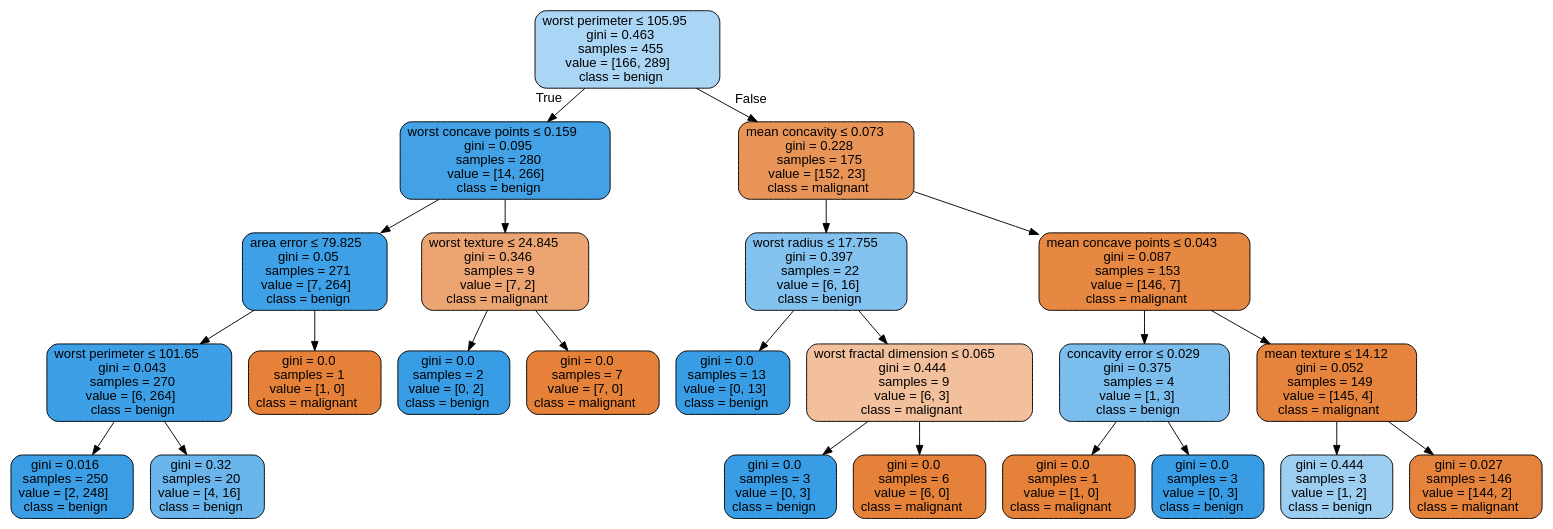
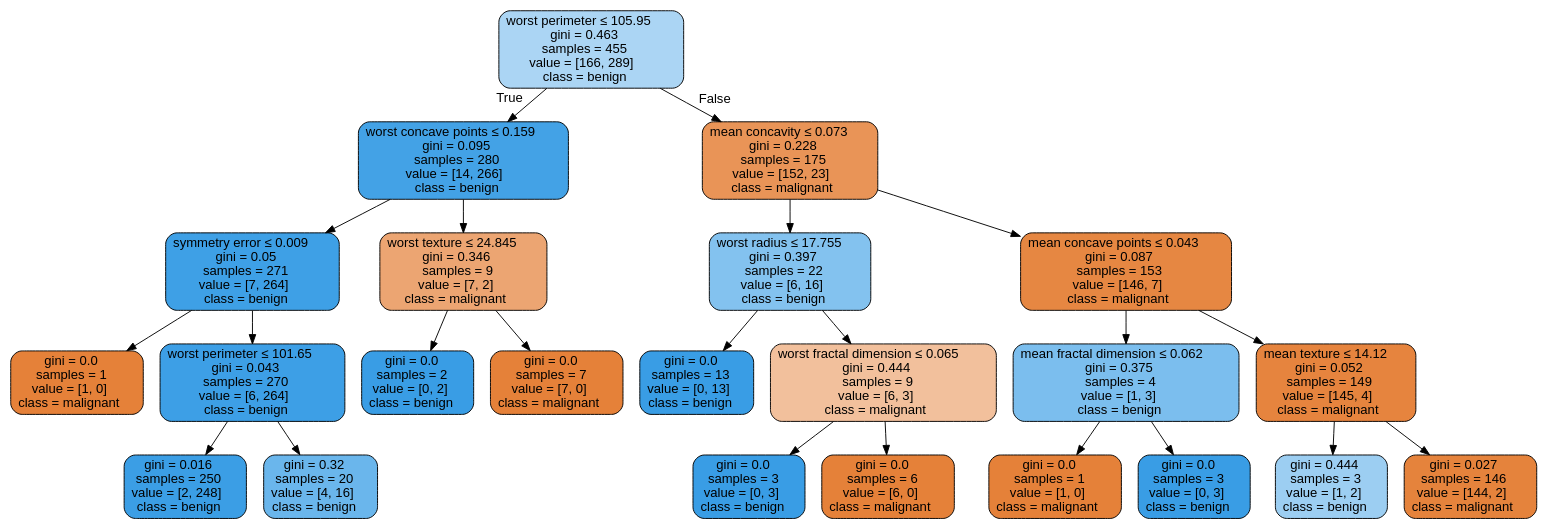
One commit to kshsky/PycharmProjects changed the diagram in machinelearning/xgboost/dataFile/breastCancerTree.dot. Above: the diagram before and after it, drawn with Graphviz. The commit also changed 25 other files, not shown here.

```diff
--- a/machinelearning/xgboost/dataFile/breastCancerTree.dot
+++ b/machinelearning/xgboost/dataFile/breastCancerTree.dot
@@ -1,49 +1,49 @@
 digraph Tree {
 node [shape=box, style="filled, rounded", color="black", fontname=helvetica] ;
 edge [fontname=helvetica] ;
 0 [label=<worst perimeter &le; 105.95<br/>gini = 0.463<br/>samples = 455<br/>value = [166, 289]<br/>class = benign>, fillcolor="#abd5f4"] ;
 1 [label=<worst concave points &le; 0.159<br/>gini = 0.095<br/>samples = 280<br/>value = [14, 266]<br/>class = benign>, fillcolor="#43a2e6"] ;
 0 -> 1 [labeldistance=2.5, labelangle=45, headlabel="True"] ;
-2 [label=<area error &le; 79.825<br/>gini = 0.05<br/>samples = 271<br/>value = [7, 264]<br/>class = benign>, fillcolor="#3ea0e6"] ;
+2 [label=<symmetry error &le; 0.009<br/>gini = 0.05<br/>samples = 271<br/>value = [7, 264]<br/>class = benign>, fillcolor="#3ea0e6"] ;
 1 -> 2 ;
-3 [label=<worst perimeter &le; 101.65<br/>gini = 0.043<br/>samples = 270<br/>value = [6, 264]<br/>class = benign>, fillcolor="#3d9fe6"] ;
+3 [label=<gini = 0.0<br/>samples = 1<br/>value = [1, 0]<br/>class = malignant>, fillcolor="#e58139"] ;
 2 -> 3 ;
-4 [label=<gini = 0.016<br/>samples = 250<br/>value = [2, 248]<br/>class = benign>, fillcolor="#3b9ee5"] ;
-3 -> 4 ;
-5 [label=<gini = 0.32<br/>samples = 20<br/>value = [4, 16]<br/>class = benign>, fillcolor="#6ab6ec"] ;
-3 -> 5 ;
-6 [label=<gini = 0.0<br/>samples = 1<br/>value = [1, 0]<br/>class = malignant>, fillcolor="#e58139"] ;
-2 -> 6 ;
+4 [label=<worst perimeter &le; 101.65<br/>gini = 0.043<br/>samples = 270<br/>value = [6, 264]<br/>class = benign>, fillcolor="#3d9fe6"] ;
+2 -> 4 ;
+5 [label=<gini = 0.016<br/>samples = 250<br/>value = [2, 248]<br/>class = benign>, fillcolor="#3b9ee5"] ;
+4 -> 5 ;
+6 [label=<gini = 0.32<br/>samples = 20<br/>value = [4, 16]<br/>class = benign>, fillcolor="#6ab6ec"] ;
+4 -> 6 ;
 7 [label=<worst texture &le; 24.845<br/>gini = 0.346<br/>samples = 9<br/>value = [7, 2]<br/>class = malignant>, fillcolor="#eca572"] ;
 1 -> 7 ;
 8 [label=<gini = 0.0<br/>samples = 2<br/>value = [0, 2]<br/>class = benign>, fillcolor="#399de5"] ;
 7 -> 8 ;
 9 [label=<gini = 0.0<br/>samples = 7<br/>value = [7, 0]<br/>class = malignant>, fillcolor="#e58139"] ;
 7 -> 9 ;
 10 [label=<mean concavity &le; 0.073<br/>gini = 0.228<br/>samples = 175<br/>value = [152, 23]<br/>class = malignant>, fillcolor="#e99457"] ;
 0 -> 10 [labeldistance=2.5, labelangle=-45, headlabel="False"] ;
 11 [label=<worst radius &le; 17.755<br/>gini = 0.397<br/>samples = 22<br/>value = [6, 16]<br/>class = benign>, fillcolor="#83c2ef"] ;
 10 -> 11 ;
 12 [label=<gini = 0.0<br/>samples = 13<br/>value = [0, 13]<br/>class = benign>, fillcolor="#399de5"] ;
 11 -> 12 ;
 13 [label=<worst fractal dimension &le; 0.065<br/>gini = 0.444<br/>samples = 9<br/>value = [6, 3]<br/>class = malignant>, fillcolor="#f2c09c"] ;
 11 -> 13 ;
 14 [label=<gini = 0.0<br/>samples = 3<br/>value = [0, 3]<br/>class = benign>, fillcolor="#399de5"] ;
 13 -> 14 ;
 15 [label=<gini = 0.0<br/>samples = 6<br/>value = [6, 0]<br/>class = malignant>, fillcolor="#e58139"] ;
 13 -> 15 ;
 16 [label=<mean concave points &le; 0.043<br/>gini = 0.087<br/>samples = 153<br/>value = [146, 7]<br/>class = malignant>, fillcolor="#e68742"] ;
 10 -> 16 ;
-17 [label=<concavity error &le; 0.029<br/>gini = 0.375<br/>samples = 4<br/>value = [1, 3]<br/>class = benign>, fillcolor="#7bbeee"] ;
+17 [label=<mean fractal dimension &le; 0.062<br/>gini = 0.375<br/>samples = 4<br/>value = [1, 3]<br/>class = benign>, fillcolor="#7bbeee"] ;
 16 -> 17 ;
 18 [label=<gini = 0.0<br/>samples = 1<br/>value = [1, 0]<br/>class = malignant>, fillcolor="#e58139"] ;
 17 -> 18 ;
 19 [label=<gini = 0.0<br/>samples = 3<br/>value = [0, 3]<br/>class = benign>, fillcolor="#399de5"] ;
 17 -> 19 ;
 20 [label=<mean texture &le; 14.12<br/>gini = 0.052<br/>samples = 149<br/>value = [145, 4]<br/>class = malignant>, fillcolor="#e6843e"] ;
 16 -> 20 ;
 21 [label=<gini = 0.444<br/>samples = 3<br/>value = [1, 2]<br/>class = benign>, fillcolor="#9ccef2"] ;
 20 -> 21 ;
 22 [label=<gini = 0.027<br/>samples = 146<br/>value = [144, 2]<br/>class = malignant>, fillcolor="#e5833c"] ;
 20 -> 22 ;
 }
```
